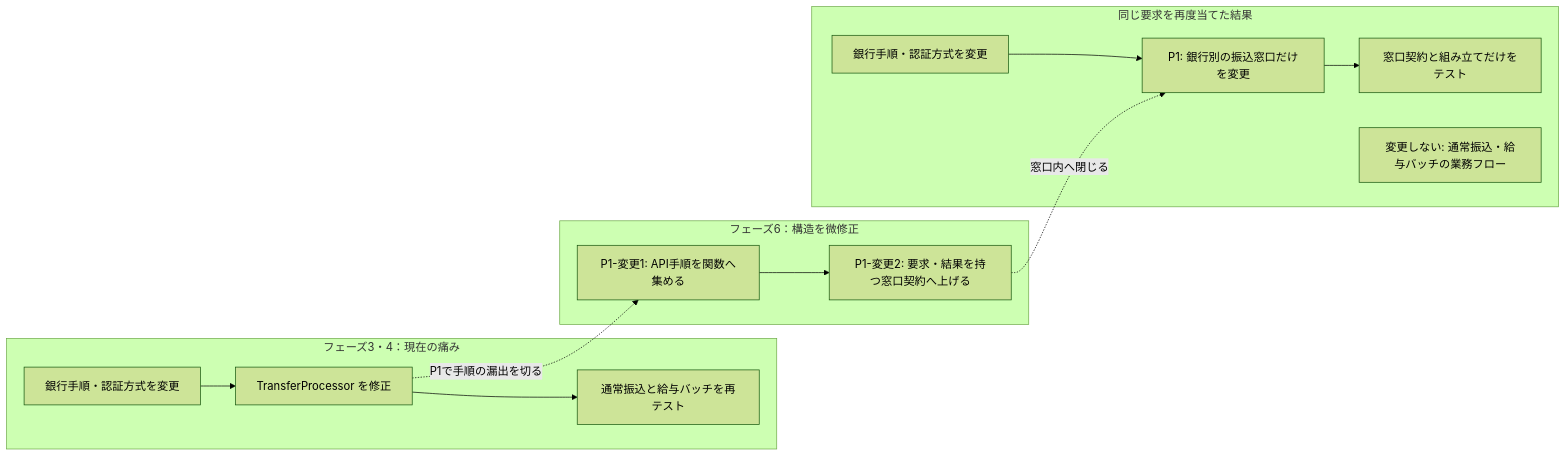
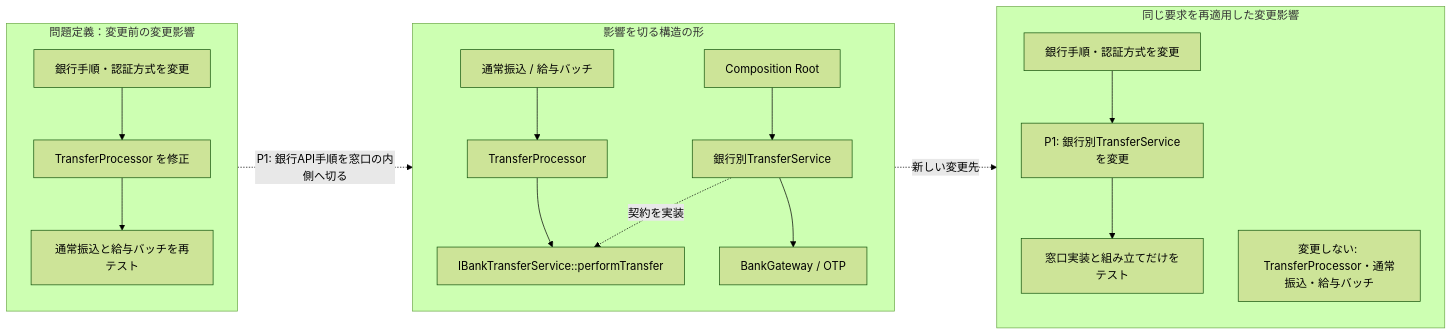
Before and after one commit to kumachan1101-pixel/DesignPattern: the fifth of 12 diagrams in kindle/design-patterns/output/chapter02.md, drawn with Mermaid (forest theme). The commit also changed other lines of this file and 22 other files, not shown here.

Commit message:
Show structural change in impact diagrams

````diff
--- a/kindle/design-patterns/output/chapter02.md
+++ b/kindle/design-patterns/output/chapter02.md
@@ -1043,17 +1044,24 @@
 ```mermaid
 flowchart LR
-    subgraph Pain["フェーズ3・4：現在の痛み"]
+    subgraph Pain["問題定義：変更前の変更影響"]
+        direction TB
         CR["銀行手順・認証方式を変更"] --> C1["TransferProcessor を修正"]
         C1 --> C2["通常振込と給与バッチを再テスト"]
     end
-    subgraph StructuralChange["フェーズ6：構造を微修正"]
-        S1["P1-変更1: API手順を関数へ集める"] --> S2["P1-変更2: 要求・結果を持つ窓口契約へ上げる"]
+    subgraph TargetStructure["影響を切る構造の形"]
+        direction TB
+        U["通常振込 / 給与バッチ"] --> TP["TransferProcessor"]
+        TP --> S["IBankTransferService::performTransfer"]
+        SI["銀行別TransferService"] -. "契約を実装" .-> S
+        SI --> API["BankGateway / OTP"]
+        Root["Composition Root"] --> SI
     end
-    subgraph Result["同じ要求を再度当てた結果"]
-        IR["銀行手順・認証方式を変更"] --> I1["P1: 銀行別の振込窓口だけを変更"]
-        I1 --> I2["窓口契約と組み立てだけをテスト"]
-        IS["変更しない: 通常振込・給与バッチの業務フロー"]
+    subgraph Result["同じ要求を再適用した変更影響"]
+        direction TB
+        IR["銀行手順・認証方式を変更"] --> I1["P1: 銀行別TransferServiceを変更"]
+        I1 --> I2["窓口実装と組み立てだけをテスト"]
+        IS["変更しない: TransferProcessor・通常振込・給与バッチ"]
     end
-    C1 -. "P1で手順の漏出を切る" .-> S1
-    S2 -. "窓口内へ閉じる" .-> I1
+    C1 -. "P1: 銀行API手順を窓口の内側へ切る" .-> S
+    S -. "新しい変更先" .-> I1
 ```
````
